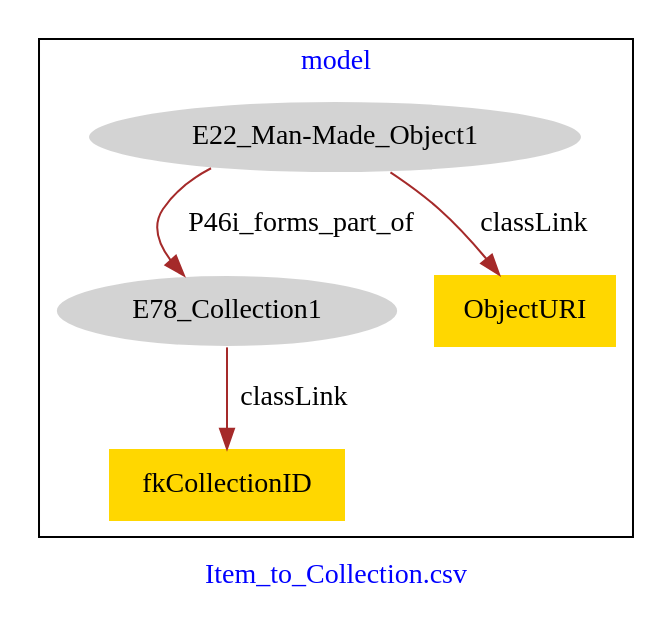
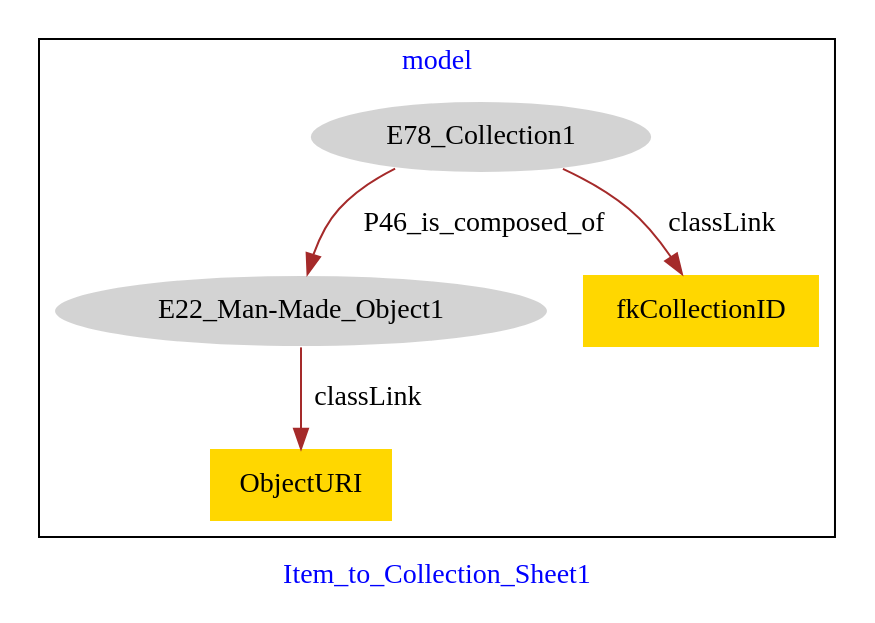
The diagram in Item_to_Collection/Item_to_Collection-model.dot (american-art/aaa), drawn with Graphviz before and after one commit.

Commit message:
Update file Item_to_Collection-model.dot

```diff
--- a/Item_to_Collection/Item_to_Collection-model.dot
+++ b/Item_to_Collection/Item_to_Collection-model.dot
@@ -1,15 +1,15 @@
 digraph n0 {
 fontcolor="blue"
 remincross="true"
-label="Item_to_Collection.csv"
+label="Item_to_Collection_Sheet1"
 subgraph cluster {
 label="model"
-n2[style="filled",color="white",fillcolor="lightgray",label="E22_Man-Made_Object1"];
-n3[style="filled",color="white",fillcolor="lightgray",label="E78_Collection1"];
+n2[style="filled",color="white",fillcolor="lightgray",label="E78_Collection1"];
+n3[style="filled",color="white",fillcolor="lightgray",label="E22_Man-Made_Object1"];
 n4[shape="plaintext",style="filled",fillcolor="gold",label="fkCollectionID"];
 n5[shape="plaintext",style="filled",fillcolor="gold",label="ObjectURI"];
 }
-n2 -> n3[color="brown",fontcolor="black",label="P46i_forms_part_of"]
-n3 -> n4[color="brown",fontcolor="black",label="classLink"]
-n2 -> n5[color="brown",fontcolor="black",label="classLink"]
+n2 -> n3[color="brown",fontcolor="black",label="P46_is_composed_of"]
+n2 -> n4[color="brown",fontcolor="black",label="classLink"]
+n3 -> n5[color="brown",fontcolor="black",label="classLink"]
 }
```
